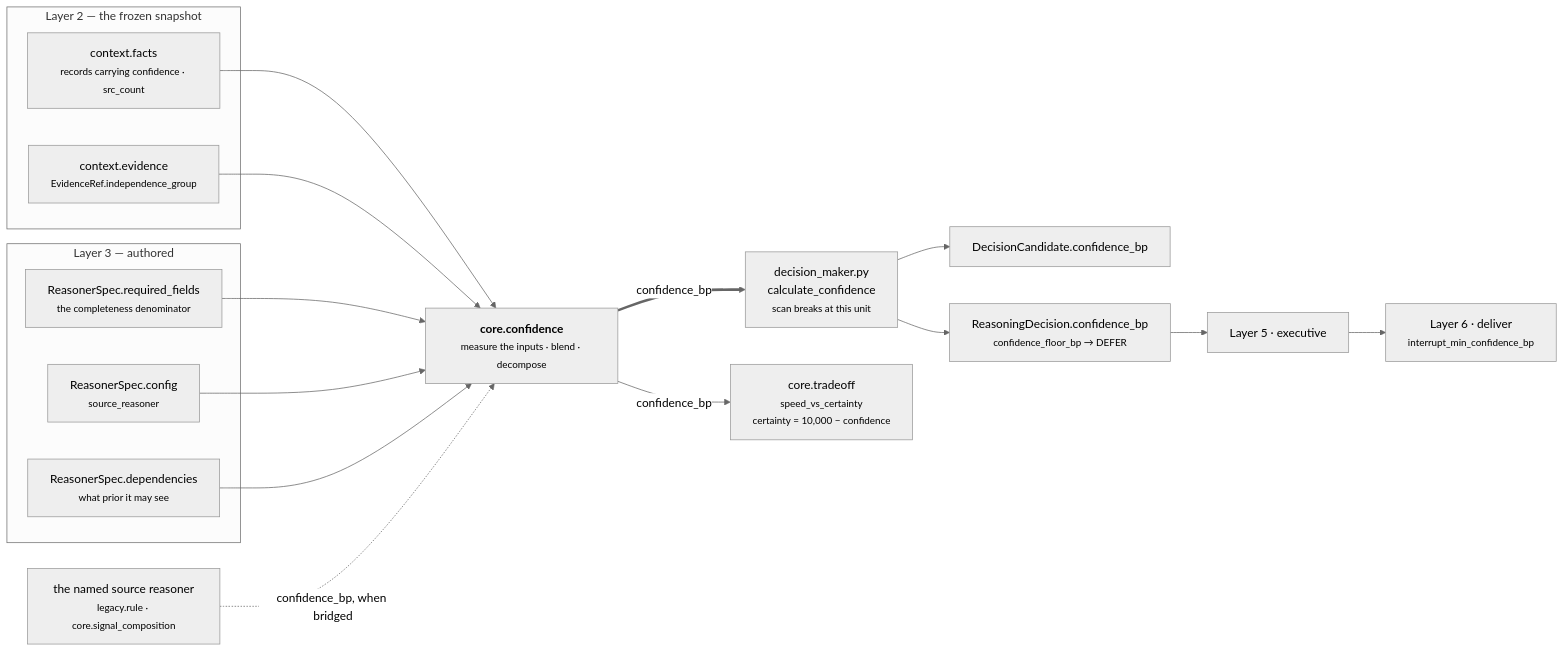
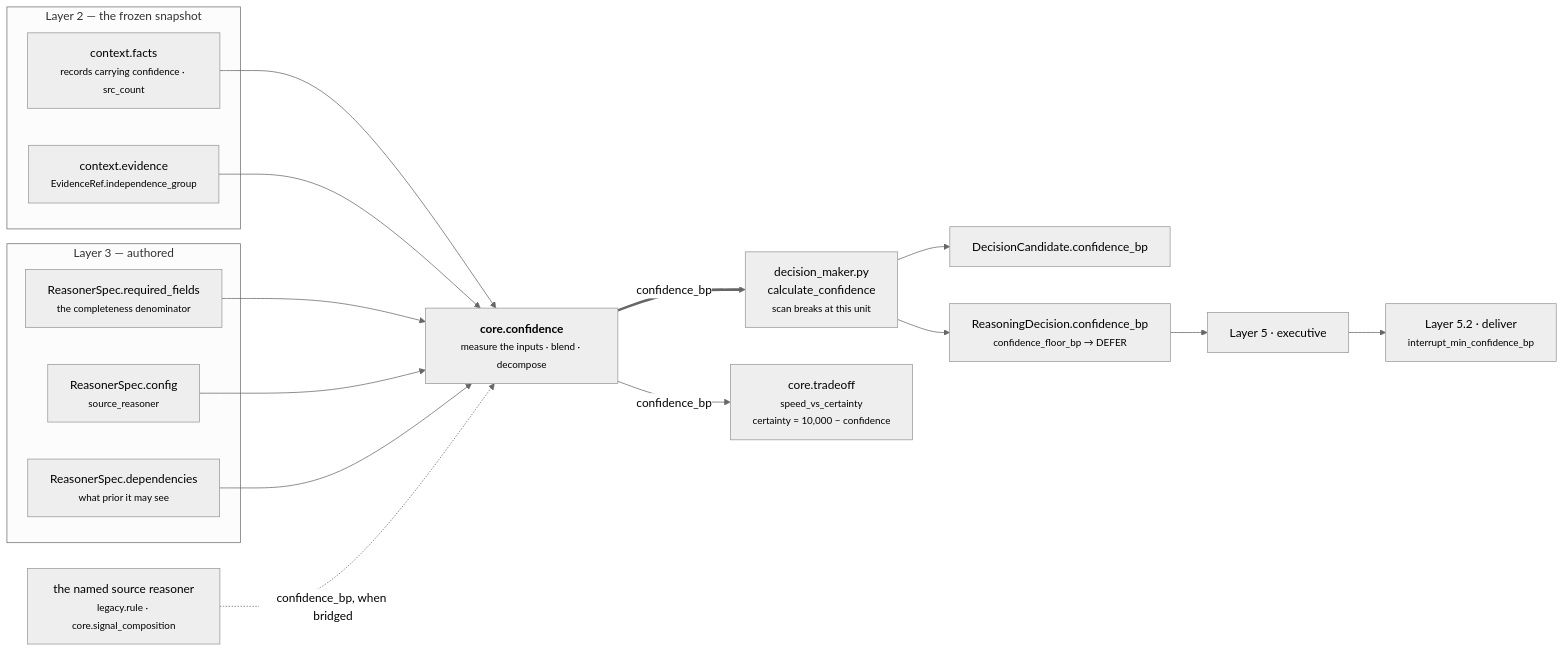
Before and after one commit to themoronss/genios-brain: the first of 3 diagrams in System Design/Layer-4-Reasoning-Engine/02-Reasoning-Units/02-Business-Evaluation/core.confidence/README.md, drawn with Mermaid (neutral theme). The commit also changed 316 other files, not shown here.

````diff
--- a/System Design/Layer-4-Reasoning-Engine/02-Reasoning-Units/02-Business-Evaluation/core.confidence/README.md
+++ b/System Design/Layer-4-Reasoning-Engine/02-Reasoning-Units/02-Business-Evaluation/core.confidence/README.md
@@ -54,31 +54,31 @@
 ```mermaid
 flowchart LR
     subgraph L2["Layer 2 — the frozen snapshot"]
         F["context.facts<br/><small>records carrying confidence · src_count</small>"]
         E["context.evidence<br/><small>EvidenceRef.independence_group</small>"]
     end
 
     subgraph L3["Layer 3 — authored"]
         RF["ReasonerSpec.required_fields<br/><small>the completeness denominator</small>"]
         CFG["ReasonerSpec.config<br/><small>source_reasoner</small>"]
         DEP["ReasonerSpec.dependencies<br/><small>what prior it may see</small>"]
     end
 
     SRC["the named source reasoner<br/><small>legacy.rule · core.signal_composition</small>"]
 
     C["<b>core.confidence</b><br/><small>measure the inputs · blend · decompose</small>"]
 
     F --> C
     E --> C
     RF --> C
     CFG --> C
     DEP --> C
     SRC -. "confidence_bp, when bridged" .-> C
 
     C == "confidence_bp" ==> DM["decision_maker.py<br/>calculate_confidence<br/><small>scan breaks at this unit</small>"]
     C -- "confidence_bp" --> TR["core.tradeoff<br/><small>speed_vs_certainty<br/>certainty = 10,000 − confidence</small>"]
     DM --> CAND["DecisionCandidate.confidence_bp"]
     DM --> DEC["ReasoningDecision.confidence_bp<br/><small>confidence_floor_bp → DEFER</small>"]
     DEC --> L5["Layer 5 · executive"]
-    L5 --> L6["Layer 6 · deliver<br/><small>interrupt_min_confidence_bp</small>"]
+    L5 --> D52["Layer 5.2 · deliver<br/><small>interrupt_min_confidence_bp</small>"]
 ```
````
